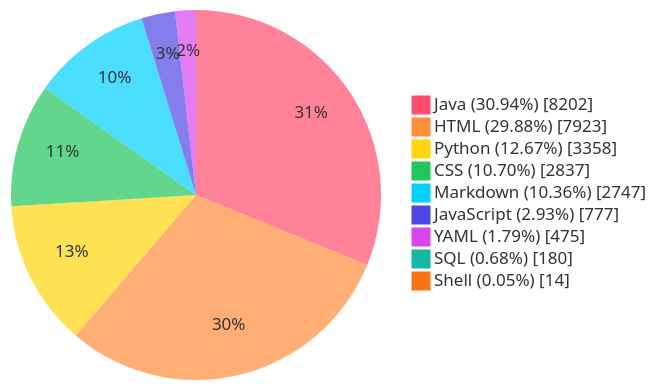
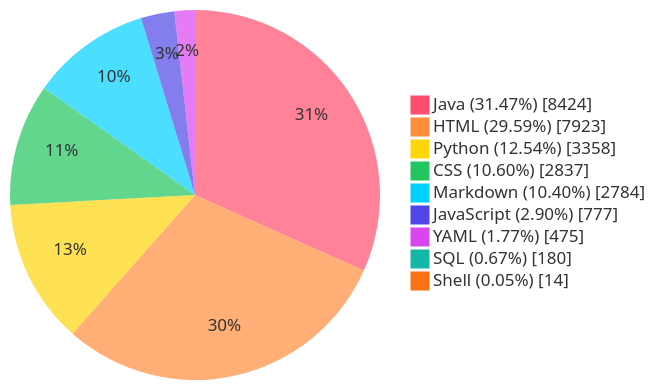
Before and after one commit to TheBadRoger/BUCT-Teaching-Aids: the diagram in README.md, drawn with Mermaid. The commit also changed other lines of this file and 14 other files, not shown here.

````diff
--- a/README.md
+++ b/README.md
@@ -40,28 +40,28 @@
 ```mermaid
 %%{init: {'theme':'base','themeVariables': {
   'fontFamily': 'Fira Code, JetBrains Mono, Source Code Pro, Cascadia Code, Menlo, Consolas, monospace',
   'pieStrokeColor': 'transparent',
   'pieStrokeWidth': '0px',
   'pieOuterStrokeWidth': '0px',
   'pie1': '#FF4D6D',
   'pie2': '#FF8E3C',
   'pie3': '#FFD60A',
   'pie4': '#22C55E',
   'pie5': '#00D1FF',
   'pie6': '#4F46E5',
   'pie7': '#D946EF',
   'pie8': '#14B8A6',
   'pie9': '#F97316',
   'pie10': '#A855F7'
 }}}%%
 pie showData
-    "Java (30.94%)" : 8202
-    "HTML (29.88%)" : 7923
-    "Python (12.67%)" : 3358
-    "CSS (10.70%)" : 2837
-    "Markdown (10.36%)" : 2747
-    "JavaScript (2.93%)" : 777
-    "YAML (1.79%)" : 475
-    "SQL (0.68%)" : 180
+    "Java (31.47%)" : 8424
+    "HTML (29.59%)" : 7923
+    "Python (12.54%)" : 3358
+    "CSS (10.60%)" : 2837
+    "Markdown (10.40%)" : 2784
+    "JavaScript (2.90%)" : 777
+    "YAML (1.77%)" : 475
+    "SQL (0.67%)" : 180
     "Shell (0.05%)" : 14
 ```
````
